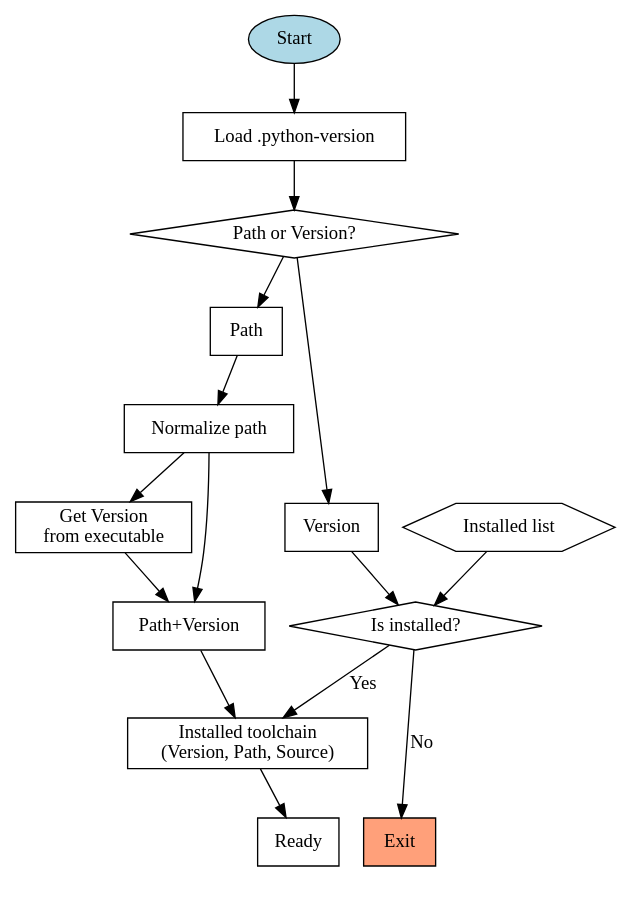
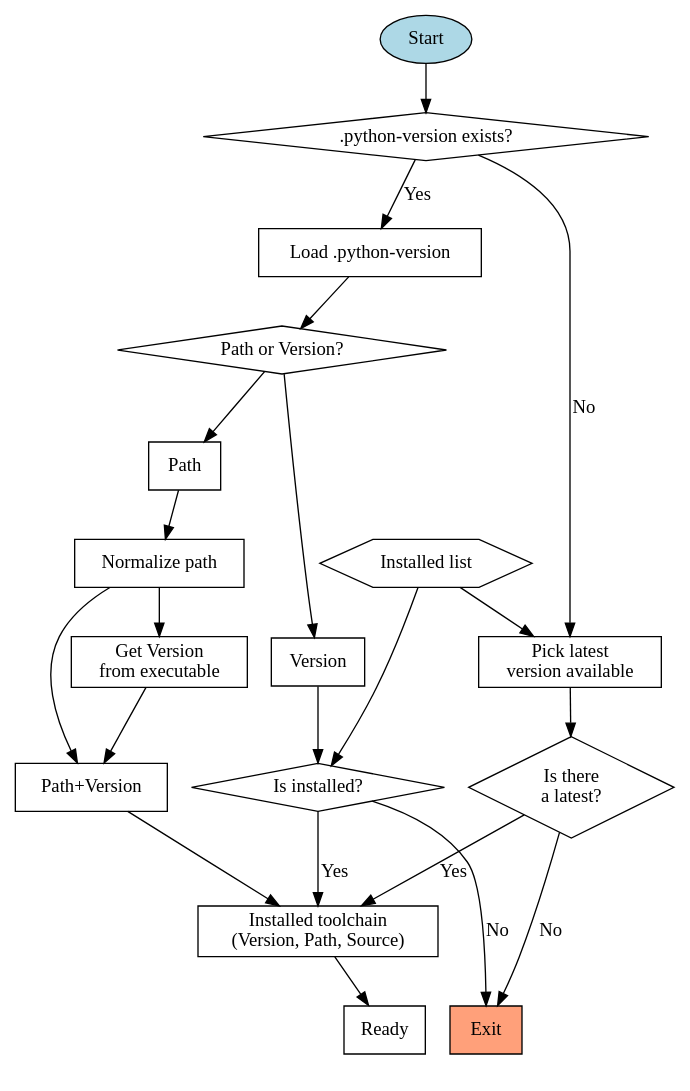
Before and after one commit to nbigaouette/hygeia: the diagram in graphviz/shim.dot, drawn with Graphviz. The commit also changed 1 other file, not shown here.

Commit message:
Add check in figure if no .python-version is present

```diff
--- a/graphviz/shim.dot
+++ b/graphviz/shim.dot
@@ -1,47 +1,58 @@
 digraph start {
     node [shape="rectangle"];
 
     start [label="Start", shape="oval", style="filled", fillcolor="lightblue"];
     subgraph cluster_aligned {
         color="none";
         exit [label="Exit", style="filled", fillcolor="lightsalmon"];
         ready [label="Ready"];
     }
     installed_list [label="Installed list", shape="hexagon"];
 
+    file_exists [label=".python-version exists?", shape="diamond"];
+    latest_available [label="Is there\na latest?", shape="diamond"];
+
+    pick_latest [label="Pick latest\nversion available"];
     load_file [label="Load .python-version"];
     decision_path_or_version [label="Path or Version?", shape="diamond"];
 
     loaded_path [label="Path"];
     loaded_version [label="Version"];
 
     normalize_path [label="Normalize path"];
     get_version_from_path [label="Get Version\nfrom executable"];
     combined_version_path [label="Path+Version"];
     installed_toolchain [label="Installed toolchain\n(Version, Path, Source)"];
     decision_is_installed [label="Is installed?", shape="diamond"];
 
 
     // ========================================================
     // Transitions
 
-    start -> load_file;
+    start -> file_exists;
+    file_exists -> load_file [label="Yes"];
+    file_exists -> pick_latest [label="No"];
     load_file -> decision_path_or_version;
     decision_path_or_version -> loaded_path;
     decision_path_or_version -> loaded_version;
 
     loaded_path -> normalize_path;
     normalize_path -> get_version_from_path;
     get_version_from_path -> combined_version_path;
     normalize_path -> combined_version_path;
 
     combined_version_path -> installed_toolchain;
 
     loaded_version -> decision_is_installed;
     installed_list -> decision_is_installed;
 
     decision_is_installed -> installed_toolchain [label="Yes"];
     decision_is_installed -> exit [label="No"];
 
+    installed_list -> pick_latest;
+    pick_latest -> latest_available;
+    latest_available -> installed_toolchain [label="Yes"];
+    latest_available -> exit [label="No"];
+
     installed_toolchain -> ready;
 }
```
